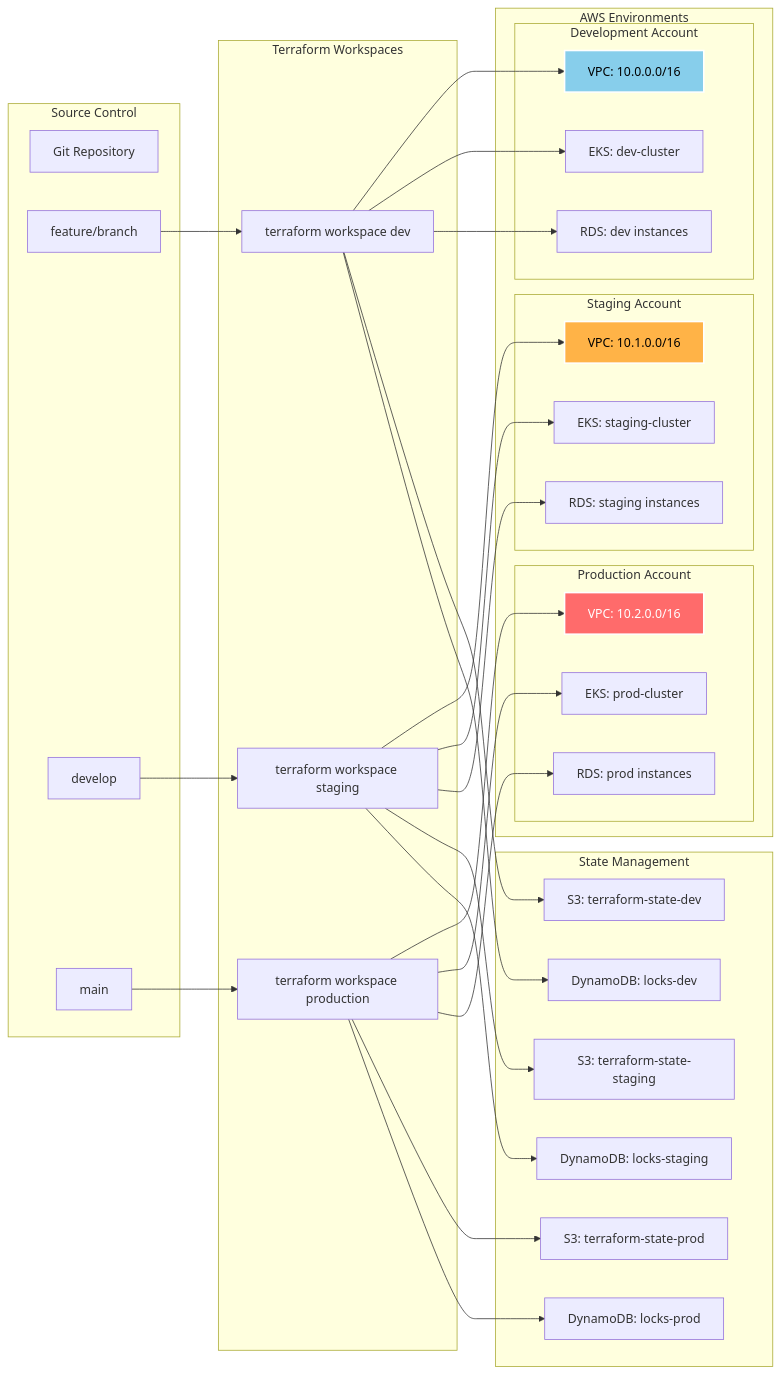
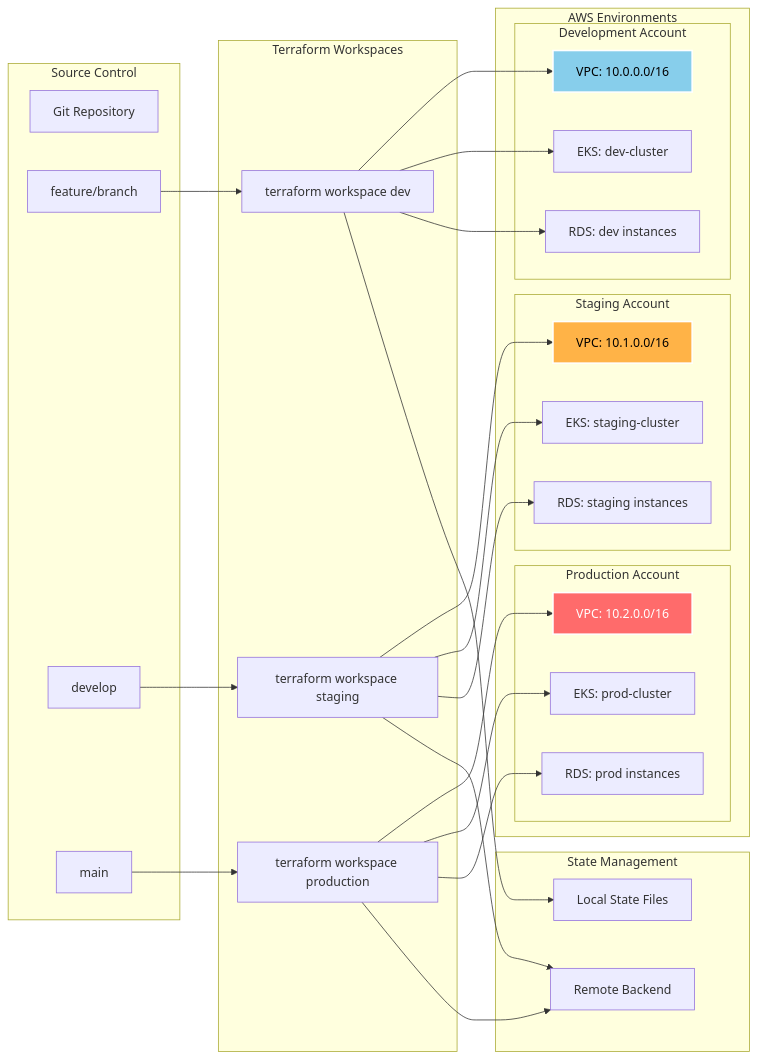
One commit to Saoudyahya/Ecommerce-App-Terraform-config changed the fourth of 9 diagrams in README.md. Above: the diagram before and after it, drawn with Mermaid. The commit also changed other lines of this file, not shown here.

````diff
--- a/README.md
+++ b/README.md
@@ -267,71 +328,64 @@
 ```mermaid
 graph LR
     subgraph "Source Control"
         GIT[Git Repository]
         BRANCH1[feature/branch]
         BRANCH2[develop]
         BRANCH3[main]
     end
     
     subgraph "Terraform Workspaces"
         WS1[terraform workspace dev]
         WS2[terraform workspace staging]
         WS3[terraform workspace production]
     end
     
     subgraph "AWS Environments"
         subgraph "Development Account"
             DEV_VPC[VPC: 10.0.0.0/16]
             DEV_EKS[EKS: dev-cluster]
             DEV_RDS[RDS: dev instances]
         end
         
         subgraph "Staging Account"
             STAGE_VPC[VPC: 10.1.0.0/16]
             STAGE_EKS[EKS: staging-cluster]
             STAGE_RDS[RDS: staging instances]
         end
         
         subgraph "Production Account"
             PROD_VPC[VPC: 10.2.0.0/16]
             PROD_EKS[EKS: prod-cluster]
             PROD_RDS[RDS: prod instances]
         end
     end
     
     subgraph "State Management"
-        S3_DEV[S3: terraform-state-dev]
-        S3_STAGE[S3: terraform-state-staging]
-        S3_PROD[S3: terraform-state-prod]
-        
-        DYNAMO_DEV[DynamoDB: locks-dev]
-        DYNAMO_STAGE[DynamoDB: locks-staging]
-        DYNAMO_PROD[DynamoDB: locks-prod]
+        LOCAL_STATE[Local State Files]
+        REMOTE_BACKEND[Remote Backend]
     end
     
     BRANCH1 --> WS1
     BRANCH2 --> WS2
     BRANCH3 --> WS3
     
     WS1 --> DEV_VPC
     WS1 --> DEV_EKS
     WS1 --> DEV_RDS
-    WS1 --> S3_DEV
-    WS1 --> DYNAMO_DEV
     
     WS2 --> STAGE_VPC
     WS2 --> STAGE_EKS
     WS2 --> STAGE_RDS
-    WS2 --> S3_STAGE
-    WS2 --> DYNAMO_STAGE
     
     WS3 --> PROD_VPC
     WS3 --> PROD_EKS
     WS3 --> PROD_RDS
-    WS3 --> S3_PROD
-    WS3 --> DYNAMO_PROD
+    
+    WS1 --> LOCAL_STATE
+    WS2 --> REMOTE_BACKEND
+    WS3 --> REMOTE_BACKEND
     
     style DEV_VPC fill:#87CEEB,stroke:#fff,stroke-width:2px,color:#000
     style STAGE_VPC fill:#FFB347,stroke:#fff,stroke-width:2px,color:#000
     style PROD_VPC fill:#FF6B6B,stroke:#fff,stroke-width:2px,color:#fff
 ```
````
